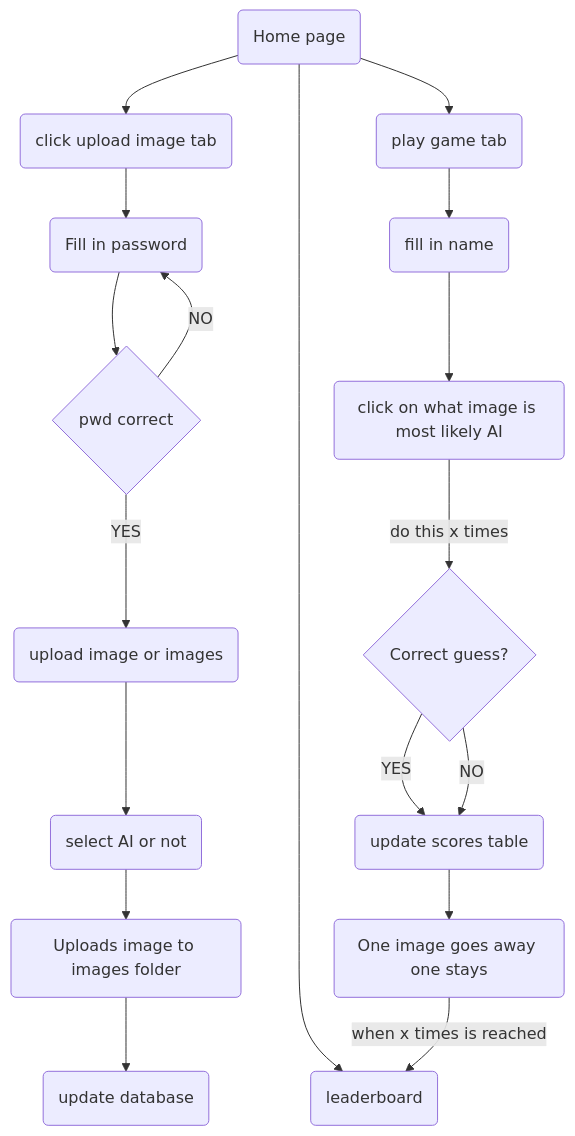
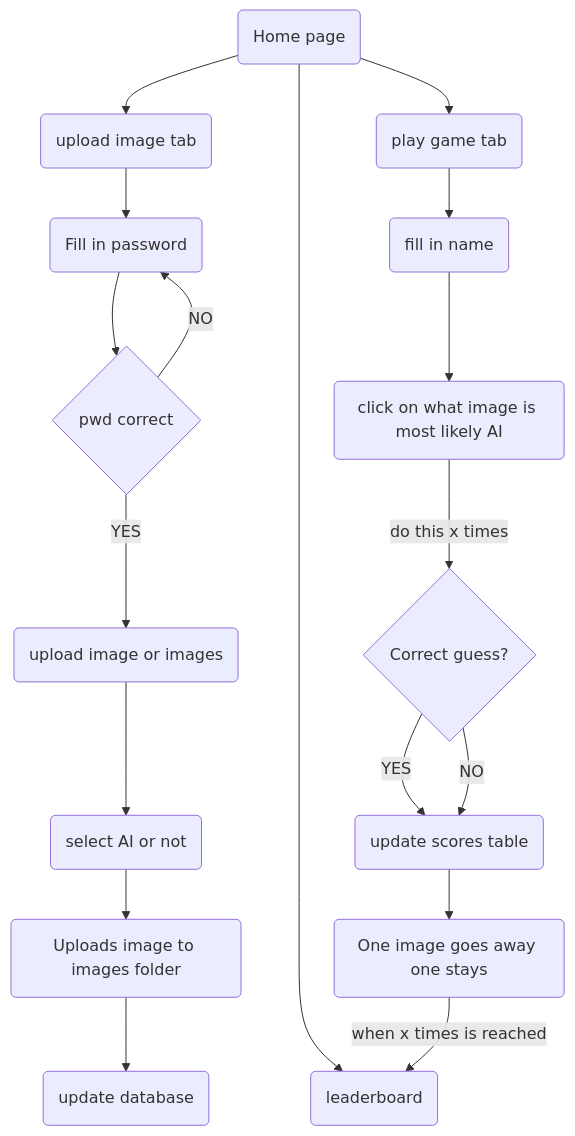
The diagram in README.md (bear-revels/tinder_streamlit), drawn with Mermaid before and after one commit.

Commit message:
minor change to mermaid diagram

````diff
--- a/README.md
+++ b/README.md
@@ -37,41 +37,41 @@
 ```mermaid
 
 flowchart TD
     X(Home page)
-    A(click upload image tab)
+    A(upload image tab)
     B(Fill in password)
     L{pwd correct}
     C(upload image or images)
     D(select AI or not)
     E(Uploads image to images folder)
     F(update database)
 
     G(play game tab)
     H(fill in name)
     I(click on what image is most likely AI)
     J{Correct guess?}
     K(One image goes away one stays)
     N(update scores table)
     M(leaderboard)
 
     X --> A
     X --> G
     X --> M
 
     A --> B
     B --> L
     L -- YES --> C
     L -- NO --> B
     C --> D
     D --> E
     E --> F
 
     G --> H
     H --> I
     I --do this x times --> J
     J --YES --> N
     J --NO --> N
     N --> K
     K --when x times is reached --> M
 
 ```
````
